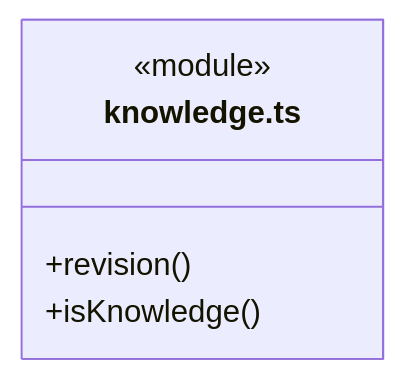
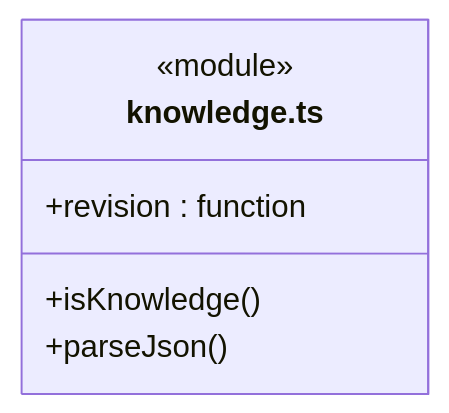
Diagram 12 of 33 in src/logic/knowledge/rules/ARCHITECTURE.md (nan023062/cbim), drawn with Mermaid before and after one commit. The commit also changed other lines of this file and 137 other files, not shown here.

Commit message:
fix: align architecture generator with documentation standards

````diff
--- a/src/logic/knowledge/rules/ARCHITECTURE.md
+++ b/src/logic/knowledge/rules/ARCHITECTURE.md
@@ -456,8 +468,9 @@
 ```mermaid
 classDiagram
 class N_src_logic_knowledge_rules_knowledge_ts["knowledge.ts"] {
   <<module>>
-  +revision()
   +isKnowledge()
+  +parseJson()
+  +revision : function
 }
 ```
````
